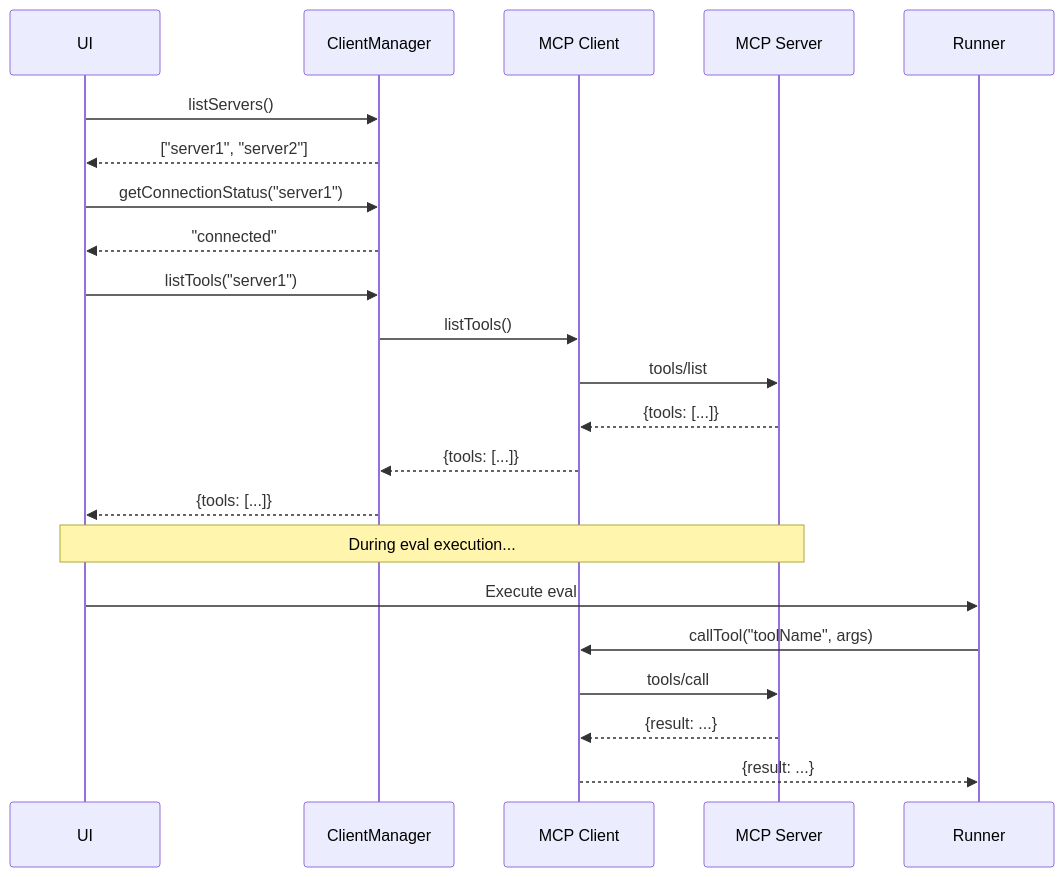
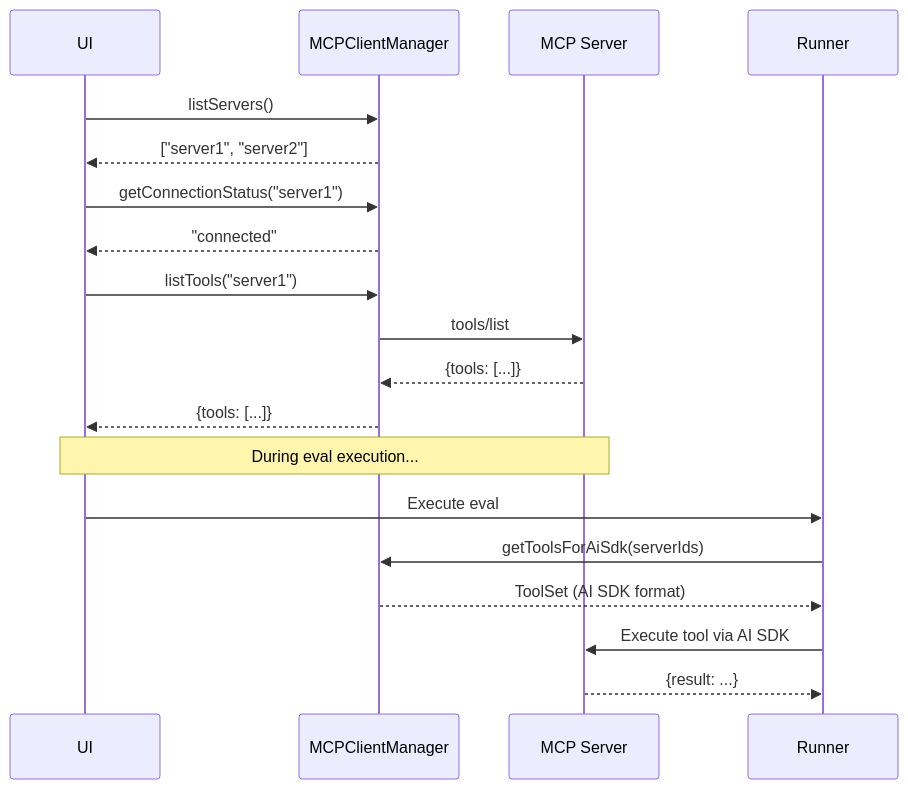
Diagram 11 of 11 in docs/contributing/evals-architecture.mdx (MCPJam/inspector), drawn with Mermaid before and after one commit. The commit also changed other lines of this file, not shown here.

Commit message:
Update evals architecture documentation for AI SDK migration (#838)

````diff
--- a/docs/contributing/evals-architecture.mdx
+++ b/docs/contributing/evals-architecture.mdx
@@ -624,28 +625,25 @@
 ```mermaid
 sequenceDiagram
     participant UI as UI
-    participant CM as ClientManager
-    participant MCP as MCP Client
+    participant CM as MCPClientManager
     participant Server as MCP Server
 
     UI->>CM: listServers()
     CM-->>UI: ["server1", "server2"]
 
     UI->>CM: getConnectionStatus("server1")
     CM-->>UI: "connected"
 
     UI->>CM: listTools("server1")
-    CM->>MCP: listTools()
-    MCP->>Server: tools/list
-    Server-->>MCP: {tools: [...]}
-    MCP-->>CM: {tools: [...]}
+    CM->>Server: tools/list
+    Server-->>CM: {tools: [...]}
     CM-->>UI: {tools: [...]}
 
     Note over UI,Server: During eval execution...
 
     UI->>Runner: Execute eval
-    Runner->>MCP: callTool("toolName", args)
-    MCP->>Server: tools/call
-    Server-->>MCP: {result: ...}
-    MCP-->>Runner: {result: ...}
+    Runner->>CM: getToolsForAiSdk(serverIds)
+    CM-->>Runner: ToolSet (AI SDK format)
+    Runner->>Server: Execute tool via AI SDK
+    Server-->>Runner: {result: ...}
 ```
````
